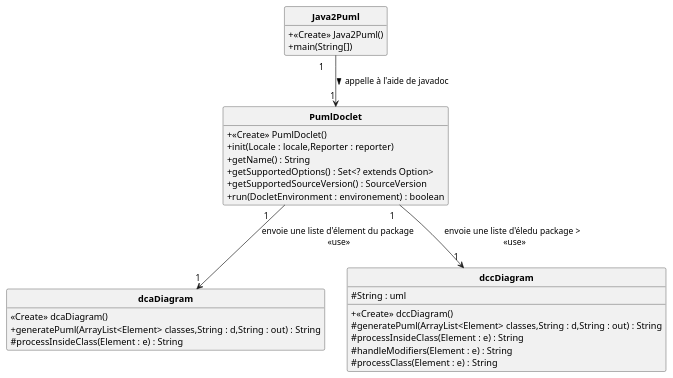
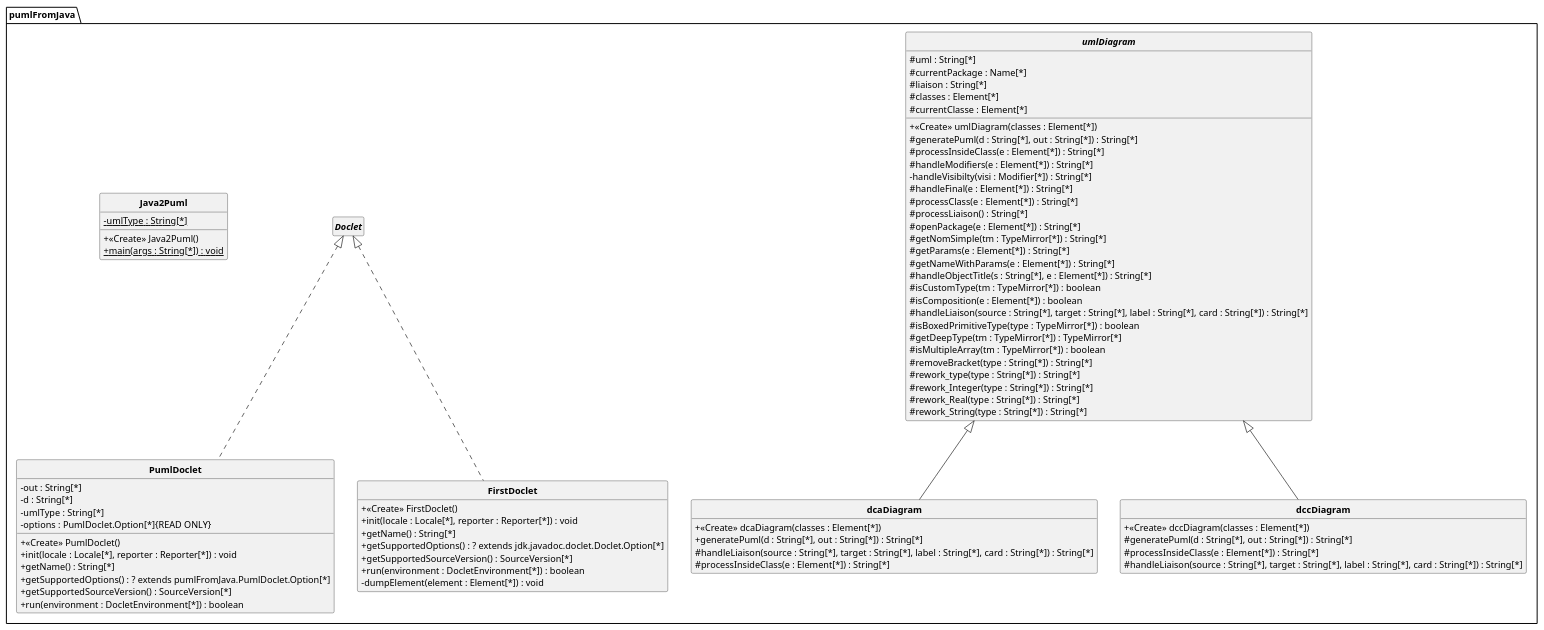
The diagram in uml/DCC_pumlFromJava.puml (yassinkioua/Projet-PumlFromJava), drawn with PlantUML before and after one commit. The commit also changed other lines of this file and 57 other files, not shown here.

Commit message:
Dernière maj des rapports et des diagrammes

```diff
--- a/uml/DCC_pumlFromJava.puml
+++ b/uml/DCC_pumlFromJava.puml
@@ -1,49 +1,84 @@
 @startuml
-'https://plantuml.com/class-diagram
- skinparam classAttributeIconSize 0
+'https://plantuml.com/class-diagram 
+ skinparam classAttributeIconSize 0 
 skinparam classFontStyle Bold
 skinparam style strictuml
 hide empty members
+package pumlFromJava{
+class dcaDiagram extends umlDiagram{ 
++ <<Create>> dcaDiagram(classes : Element[*])
++ generatePuml(d : String[*], out : String[*]) : String[*]
+# handleLiaison(source : String[*], target : String[*], label : String[*], card : String[*]) : String[*]
+# processInsideClass(e : Element[*]) : String[*]
 
-class dcaDiagram{
-<<Create>> dcaDiagram()
-+ generatePuml(ArrayList<Element> classes,String : d,String : out) : String
-# processInsideClass(Element : e) : String
+ } 
+class PumlDoclet implements Doclet{ 
++ <<Create>> PumlDoclet()
+- out : String[*]
+- d : String[*]
+- umlType : String[*]
+- options : PumlDoclet.Option[*]{READ ONLY}
++ init(locale : Locale[*], reporter : Reporter[*]) : void
++ getName() : String[*]
++ getSupportedOptions() : ? extends pumlFromJava.PumlDoclet.Option[*]
++ getSupportedSourceVersion() : SourceVersion[*]
++ run(environment : DocletEnvironment[*]) : boolean
+
+ } 
+class FirstDoclet implements Doclet{ 
++ <<Create>> FirstDoclet()
++ init(locale : Locale[*], reporter : Reporter[*]) : void
++ getName() : String[*]
++ getSupportedOptions() : ? extends jdk.javadoc.doclet.Doclet.Option[*]
++ getSupportedSourceVersion() : SourceVersion[*]
++ run(environment : DocletEnvironment[*]) : boolean
+- dumpElement(element : Element[*]) : void
+
+ } 
+class Java2Puml{ 
++ <<Create>> Java2Puml()
+- {static} umlType : String[*]
++ {static} main(args : String[*]) : void
+
+ } 
+abstract class umlDiagram{ 
+# uml : String[*]
+# currentPackage : Name[*]
+# liaison : String[*]
+# classes : Element[*]
+# currentClasse : Element[*]
++ <<Create>> umlDiagram(classes : Element[*])
+# generatePuml(d : String[*], out : String[*]) : String[*]
+# processInsideClass(e : Element[*]) : String[*]
+# handleModifiers(e : Element[*]) : String[*]
+- handleVisibilty(visi : Modifier[*]) : String[*]
+# handleFinal(e : Element[*]) : String[*]
+# processClass(e : Element[*]) : String[*]
+# processLiaison() : String[*]
+# openPackage(e : Element[*]) : String[*]
+# getNomSimple(tm : TypeMirror[*]) : String[*]
+# getParams(e : Element[*]) : String[*]
+# getNameWithParams(e : Element[*]) : String[*]
+# handleObjectTitle(s : String[*], e : Element[*]) : String[*]
+# isCustomType(tm : TypeMirror[*]) : boolean
+# isComposition(e : Element[*]) : boolean
+# handleLiaison(source : String[*], target : String[*], label : String[*], card : String[*]) : String[*]
+# isBoxedPrimitiveType(type : TypeMirror[*]) : boolean
+# getDeepType(tm : TypeMirror[*]) : TypeMirror[*]
+# isMultipleArray(tm : TypeMirror[*]) : boolean
+# removeBracket(type : String[*]) : String[*]
+# rework_type(type : String[*]) : String[*]
+# rework_Integer(type : String[*]) : String[*]
+# rework_Real(type : String[*]) : String[*]
+# rework_String(type : String[*]) : String[*]
+
+ } 
+class dccDiagram extends umlDiagram{ 
++ <<Create>> dccDiagram(classes : Element[*])
+# generatePuml(d : String[*], out : String[*]) : String[*]
+# processInsideClass(e : Element[*]) : String[*]
+# handleLiaison(source : String[*], target : String[*], label : String[*], card : String[*]) : String[*]
+
+ } 
 }
-
-class dccDiagram{
-# String : uml
-+ <<Create>> dccDiagram()
-# generatePuml(ArrayList<Element> classes,String : d,String : out) : String
-# processInsideClass(Element : e) : String
-# handleModifiers(Element : e) : String
-# processClass(Element : e) : String
- }
-
-
-
-class PumlDoclet{
-+ <<Create>> PumlDoclet()
-+ init(Locale : locale,Reporter : reporter)
-+ getName() : String
-+ getSupportedOptions() : Set<? extends Option>
-+ getSupportedSourceVersion() : SourceVersion
-+ run(DocletEnvironment : environement) : boolean
-
- }
-
-class Java2Puml{
-+ <<Create>> Java2Puml()
-+ main(String[])
- }
-
-'enum PumlType <<enum>> {
-'  DCA
-'  DCC
-'}
-
-Java2Puml " 1\t" --> "\t1" PumlDoclet : appelle à l'aide de javadoc >
-PumlDoclet " 1\t" --> "\t1" dcaDiagram  : envoie une liste d'élement du package \n<<use>>
-PumlDoclet " 1\t" --> "\t1" dccDiagram : envoie une liste d'éledu package > \n <<use>>
-
 @enduml
```
